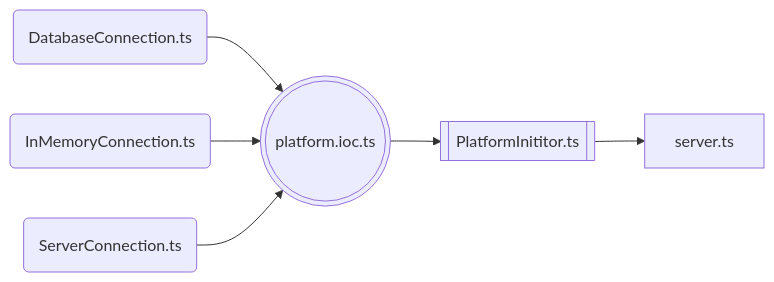
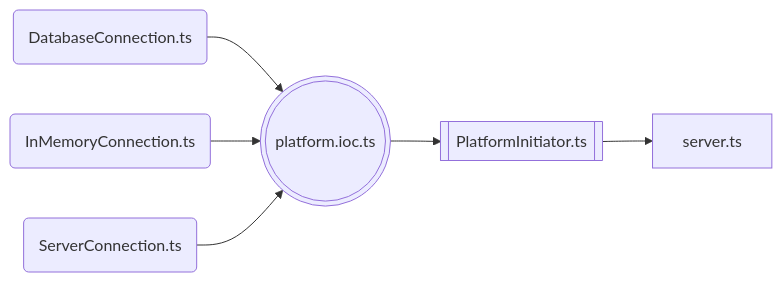
The diagram in documentation/server-platform/server-elements.md (Avelate/avelate-documentation), drawn with Mermaid before and after one commit. The commit also changed other lines of this file, not shown here.

Commit message:
fix(server-elements): fix spelling mistakes

````diff
--- a/documentation/server-platform/server-elements.md
+++ b/documentation/server-platform/server-elements.md
@@ -16,9 +16,9 @@
 ```mermaid
 flowchart LR
     
     DbConnection(DatabaseConnection.ts) --> PlatformIoc(((platform.ioc.ts)))
     InMemoryConnection(InMemoryConnection.ts) --> PlatformIoc(((platform.ioc.ts)))
     ServerConnection(ServerConnection.ts) --> PlatformIoc(((platform.ioc.ts)))
-    PlatformIoc(((platform.ioc.ts))) --> PlatformInitor[[PlatformInititor.ts]]
-    PlatformInitor[[PlatformInititor.ts]] --> server[server.ts]
+    PlatformIoc(((platform.ioc.ts))) --> PlatformInitiator[[PlatformInitiator.ts]]
+    PlatformInitiator[[PlatformInitiator.ts]] --> server[server.ts]
 ```
````
